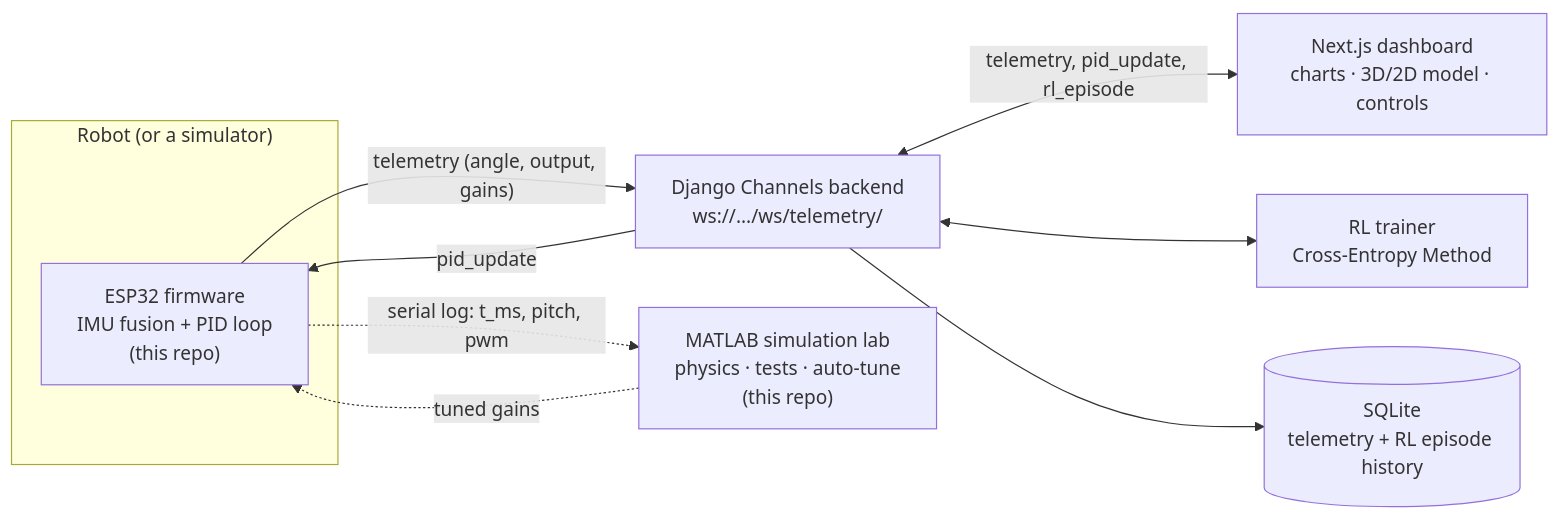
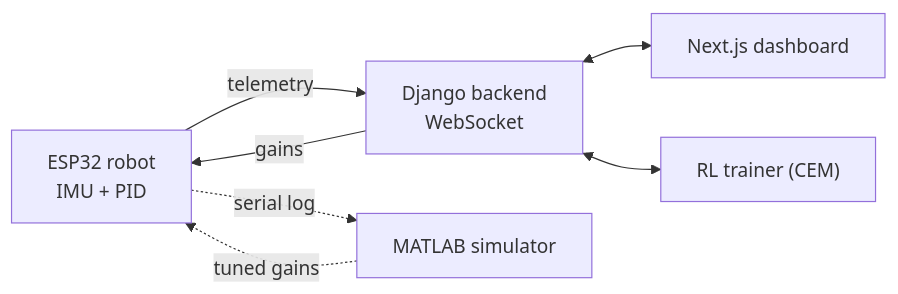
The diagram in README.md (Alpha107/Self-Balancing-Robot-ESP32-Firmware), drawn with Mermaid before and after one commit. The commit also changed other lines of this file, not shown here.

````diff
--- a/README.md
+++ b/README.md
@@ -47,20 +29,9 @@
 ```mermaid
 flowchart LR
-    subgraph Robot["Robot (or a simulator)"]
-        ESP32["ESP32 firmware<br/>IMU fusion + PID loop<br/>(this repo)"]
-    end
-
-    Backend["Django Channels backend<br/>ws://.../ws/telemetry/"]
-    DB[("SQLite<br/>telemetry + RL episode history")]
-    Dashboard["Next.js dashboard<br/>charts · 3D/2D model · controls"]
-    RL["RL trainer<br/>Cross-Entropy Method"]
-    MATLAB["MATLAB simulation lab<br/>physics · tests · auto-tune<br/>(this repo)"]
-
-    ESP32 -- "telemetry (angle, output, gains)" --> Backend
-    Backend -- "pid_update" --> ESP32
-    Backend <-- "telemetry, pid_update, rl_episode" --> Dashboard
-    Backend <--> RL
-    Backend --> DB
-    ESP32 -. "serial log: t_ms, pitch, pwm" .-> MATLAB
-    MATLAB -. "tuned gains" .-> ESP32
+    R["ESP32 robot<br/>IMU + PID"] -- telemetry --> B["Django backend<br/>WebSocket"]
+    B -- gains --> R
+    B <--> D["Next.js dashboard"]
+    B <--> L["RL trainer (CEM)"]
+    R -. serial log .-> M["MATLAB simulator"]
+    M -. tuned gains .-> R
 ```
````
